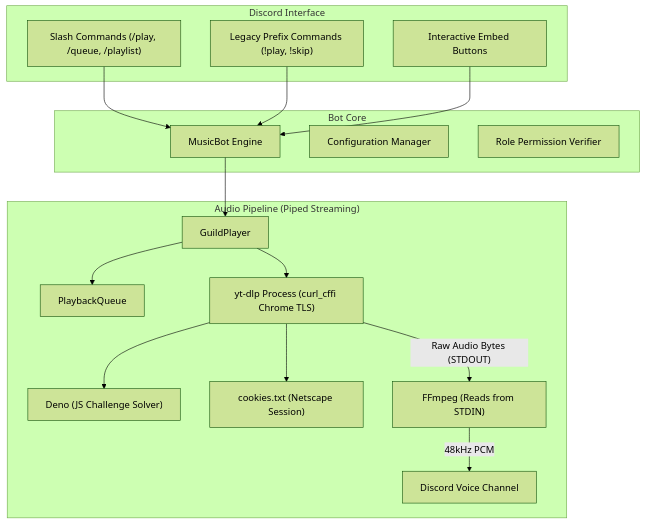
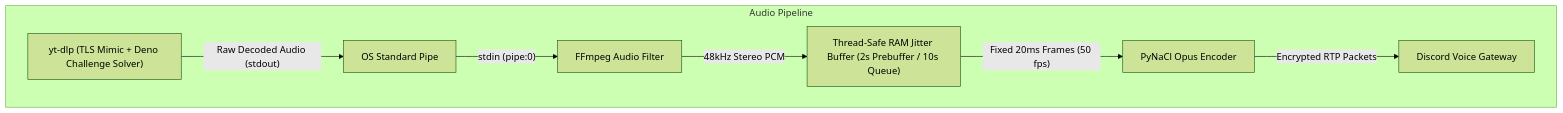
Before and after one commit to noxianwill/DiscordMusicBot: the second of 2 diagrams in README.md, drawn with Mermaid (forest theme). The commit also changed other lines of this file and 60 other files, not shown here.

````diff
--- a/README.md
+++ b/README.md
@@ -96,33 +286,10 @@
 ```mermaid
 graph TB
-    subgraph "Discord Interface"
-        SLASH["Slash Commands (/play, /queue, /playlist)"]
-        BUTTONS["Interactive Embed Buttons"]
-        PREFIX["Legacy Prefix Commands (!play, !skip)"]
+    subgraph "Audio Pipeline"
+        YTDLP["yt-dlp (TLS Mimic + Deno Challenge Solver)"] -- Raw Decoded Audio (stdout) --> PIPE["OS Standard Pipe"]
+        PIPE -- stdin (pipe:0) --> FFMPEG["FFmpeg Audio Filter"]
+        FFMPEG -- 48kHz Stereo PCM --> JITTER["Thread-Safe RAM Jitter Buffer (2s Prebuffer / 10s Queue)"]
+        JITTER -- Fixed 20ms Frames (50 fps) --> ENCODER["PyNaCl Opus Encoder"]
+        ENCODER -- Encrypted RTP Packets --> WEBRTC["Discord Voice Gateway"]
     end
-
-    subgraph "Bot Core"
-        BOT["MusicBot Engine"]
-        CONFIG["Configuration Manager"]
-        PERMS["Role Permission Verifier"]
-    end
-
-    subgraph "Audio Pipeline (Piped Streaming)"
-        PLAYER["GuildPlayer"]
-        QUEUE["PlaybackQueue"]
-        YTDLP["yt-dlp Process (curl_cffi Chrome TLS)"]
-        DENO["Deno (JS Challenge Solver)"]
-        COOKIES["cookies.txt (Netscape Session)"]
-        FFMPEG["FFmpeg (Reads from STDIN)"]
-        VOICE["Discord Voice Channel"]
-    end
-
-    SLASH & PREFIX --> BOT
-    BUTTONS --> BOT
-    BOT --> PLAYER
-    PLAYER --> QUEUE
-    PLAYER --> YTDLP
-    YTDLP --> DENO
-    YTDLP --> COOKIES
-    YTDLP -- "Raw Audio Bytes (STDOUT)" --> FFMPEG -- "48kHz PCM" --> VOICE
 ```
````
